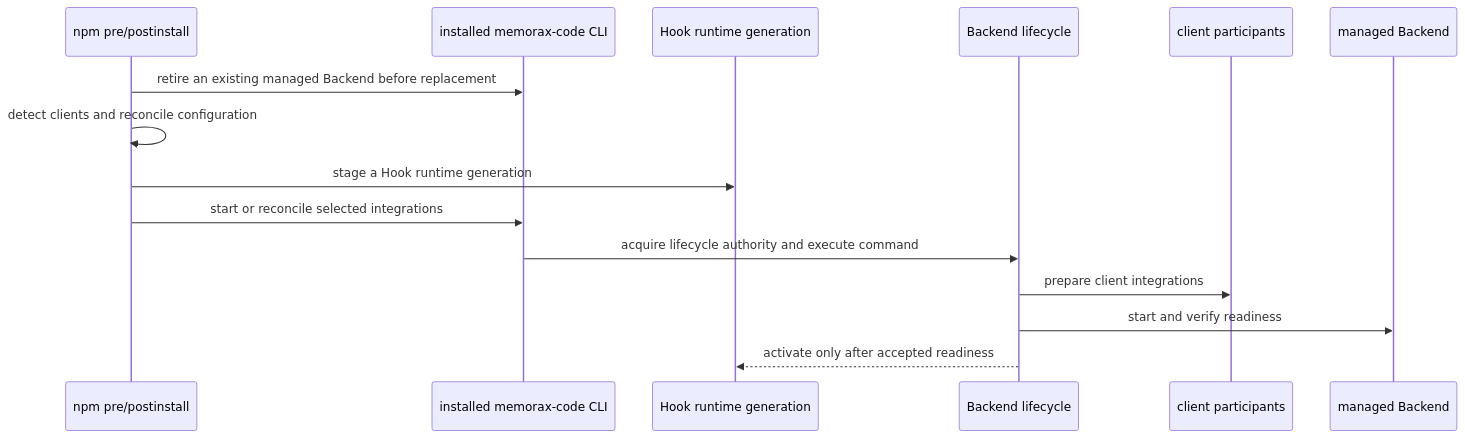
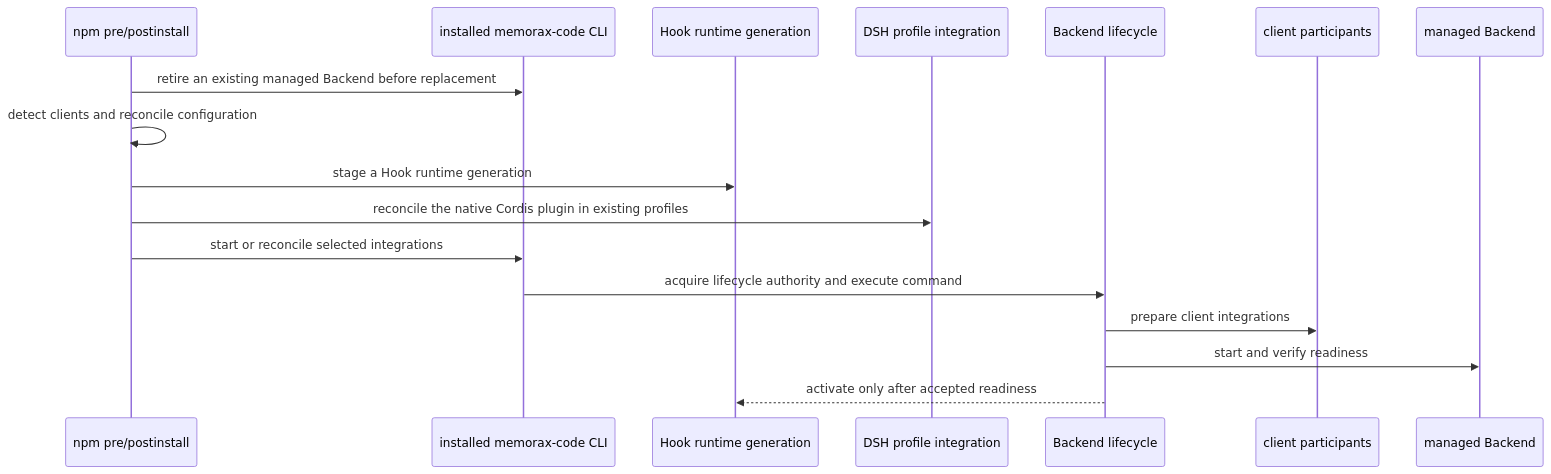
Before and after one commit to memorax-ai/memorax-code: the second of 6 diagrams in ARCHITECTURE.md, drawn with Mermaid. The commit also changed other lines of this file and 8 other files, not shown here.

Commit message:
docs:(dsh) document native harness support

````diff
--- a/ARCHITECTURE.md
+++ b/ARCHITECTURE.md
@@ -130,18 +140,20 @@
 ```mermaid
 sequenceDiagram
   participant NPM as npm pre/postinstall
   participant CLI as installed memorax-code CLI
   participant Generation as Hook runtime generation
+  participant DSH as DSH profile integration
   participant Lifecycle as Backend lifecycle
   participant Participants as client participants
   participant Service as managed Backend
 
   NPM->>CLI: retire an existing managed Backend before replacement
   NPM->>NPM: detect clients and reconcile configuration
   NPM->>Generation: stage a Hook runtime generation
+  NPM->>DSH: reconcile the native Cordis plugin in existing profiles
   NPM->>CLI: start or reconcile selected integrations
   CLI->>Lifecycle: acquire lifecycle authority and execute command
   Lifecycle->>Participants: prepare client integrations
   Lifecycle->>Service: start and verify readiness
   Lifecycle-->>Generation: activate only after accepted readiness
 ```
````
